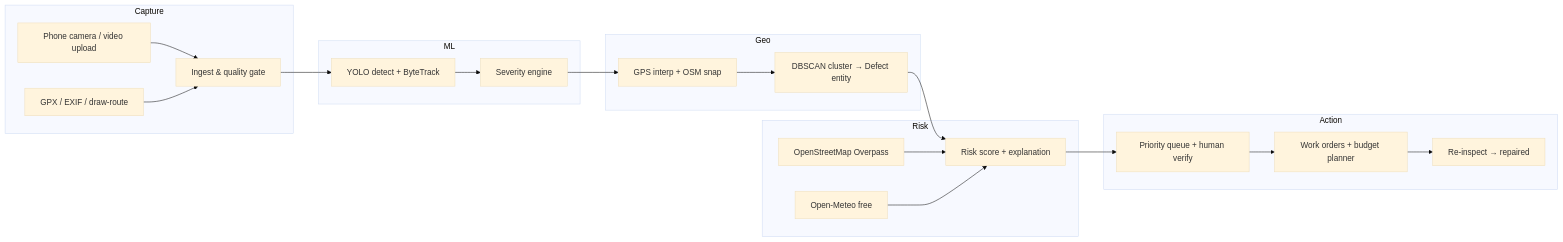
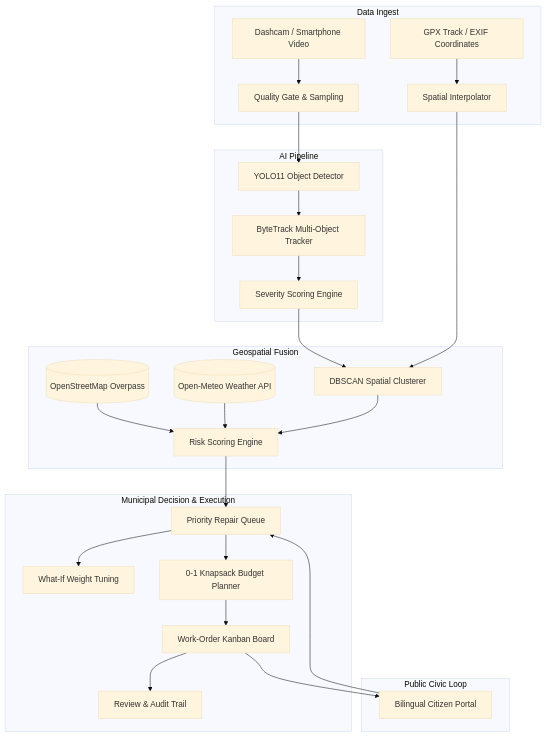
One commit to ERAMALINGAM-2007/Road_IQ changed the diagram in README.md. Above: the diagram before and after it, drawn with Mermaid (base theme). The commit also changed other lines of this file and 35 other files, not shown here.

Commit message:
feat: production-ready Marga Road IQ — real GPS pipeline, MapLibre enhanced map, citizen portal, planner, model lab, work orders, and full UI polish

````diff
--- a/README.md
+++ b/README.md
@@ -22,25 +87,34 @@
 ```mermaid
-graph LR
-  subgraph Capture
-    A[Phone camera / video upload] --> B[Ingest & quality gate]
-    GPX[GPX / EXIF / draw-route] --> B
+graph TD
+  subgraph Data Ingest
+    V[Dashcam / Smartphone Video] --> Q[Quality Gate & Sampling]
+    G[GPX Track / EXIF Coordinates] --> I[Spatial Interpolator]
   end
-  subgraph ML
-    B --> C[YOLO detect + ByteTrack]
-    C --> D[Severity engine]
+
+  subgraph AI Pipeline
+    Q --> Y[YOLO11 Object Detector]
+    Y --> B[ByteTrack Multi-Object Tracker]
+    B --> S[Severity Scoring Engine]
   end
-  subgraph Geo
-    D --> E[GPS interp + OSM snap]
-    E --> F[DBSCAN cluster → Defect entity]
+
+  subgraph Geospatial Fusion
+    S --> C[DBSCAN Spatial Clusterer]
+    I --> C
+    OSM[(OpenStreetMap Overpass)] --> R[Risk Scoring Engine]
+    WX[(Open-Meteo Weather API)] --> R
+    C --> R
   end
-  subgraph Risk
-    F --> G[Risk score + explanation]
-    OSM[OpenStreetMap Overpass] --> G
-    Weather[Open-Meteo free] --> G
+
+  subgraph Municipal Decision & Execution
+    R --> Q1[Priority Repair Queue]
+    Q1 --> WI[What-If Weight Tuning]
+    Q1 --> KP[0-1 Knapsack Budget Planner]
+    KP --> WO[Work-Order Kanban Board]
+    WO --> RV[Review & Audit Trail]
   end
-  subgraph Action
-    G --> H[Priority queue + human verify]
-    H --> I[Work orders + budget planner]
-    I --> J[Re-inspect → repaired]
+
+  subgraph Public Civic Loop
+    CP[Bilingual Citizen Portal] --> Q1
+    WO --> CP
   end
 ```
````
